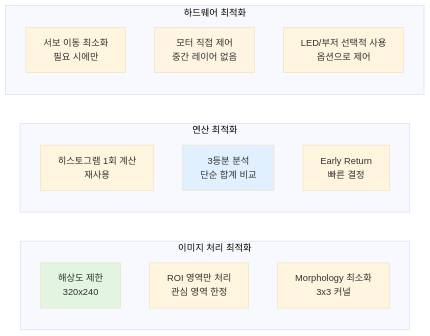
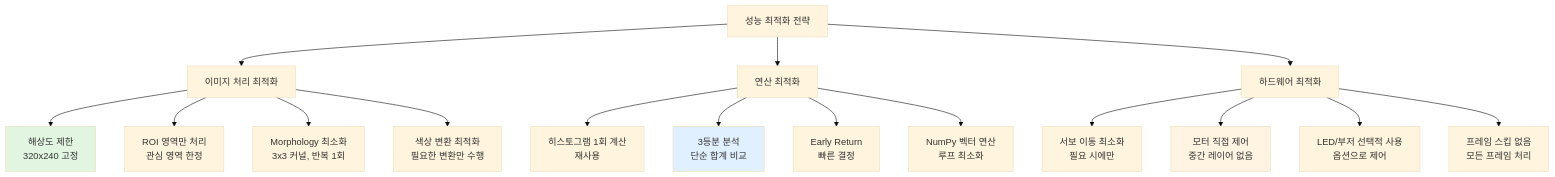
One commit to Collegenie-X/Raspbot-v2-self-driving-car changed diagram 20 of 23 in 03_self_driving/AUTOPLOT_SYSTEM_ANALYSIS.md. Above: the diagram before and after it, drawn with Mermaid (base theme). The commit also changed other lines of this file and 16 other files, not shown here.

````diff
--- a/03_self_driving/AUTOPLOT_SYSTEM_ANALYSIS.md
+++ b/03_self_driving/AUTOPLOT_SYSTEM_ANALYSIS.md
@@ -734,24 +1047,25 @@
 ```mermaid
-graph LR
-    subgraph 이미지처리최적화[이미지 처리 최적화]
-        A1[해상도 제한<br/>320x240]
-        A2[ROI 영역만 처리<br/>관심 영역 한정]
-        A3[Morphology 최소화<br/>3x3 커널]
-    end
+flowchart TD
+    A[성능 최적화 전략] --> B[이미지 처리 최적화]
+    A --> C[연산 최적화]
+    A --> D[하드웨어 최적화]
     
-    subgraph 연산최적화[연산 최적화]
-        B1[히스토그램 1회 계산<br/>재사용]
-        B2[3등분 분석<br/>단순 합계 비교]
-        B3[Early Return<br/>빠른 결정]
-    end
+    B --> B1[해상도 제한<br/>320x240 고정]
+    B --> B2[ROI 영역만 처리<br/>관심 영역 한정]
+    B --> B3[Morphology 최소화<br/>3x3 커널, 반복 1회]
+    B --> B4[색상 변환 최적화<br/>필요한 변환만 수행]
     
-    subgraph 하드웨어최적화[하드웨어 최적화]
-        C1[서보 이동 최소화<br/>필요 시에만]
-        C2[모터 직접 제어<br/>중간 레이어 없음]
-        C3[LED/부저 선택적 사용<br/>옵션으로 제어]
-    end
+    C --> C1[히스토그램 1회 계산<br/>재사용]
+    C --> C2[3등분 분석<br/>단순 합계 비교]
+    C --> C3[Early Return<br/>빠른 결정]
+    C --> C4[NumPy 벡터 연산<br/>루프 최소화]
     
-    style A1 fill:#e1f5e1
-    style B2 fill:#e1f0ff
-    style C2 fill:#fff4e1
+    D --> D1[서보 이동 최소화<br/>필요 시에만]
+    D --> D2[모터 직접 제어<br/>중간 레이어 없음]
+    D --> D3[LED/부저 선택적 사용<br/>옵션으로 제어]
+    D --> D4[프레임 스킵 없음<br/>모든 프레임 처리]
+    
+    style B1 fill:#e1f5e1
+    style C2 fill:#e1f0ff
+    style D2 fill:#fff4e1
 ```
````
